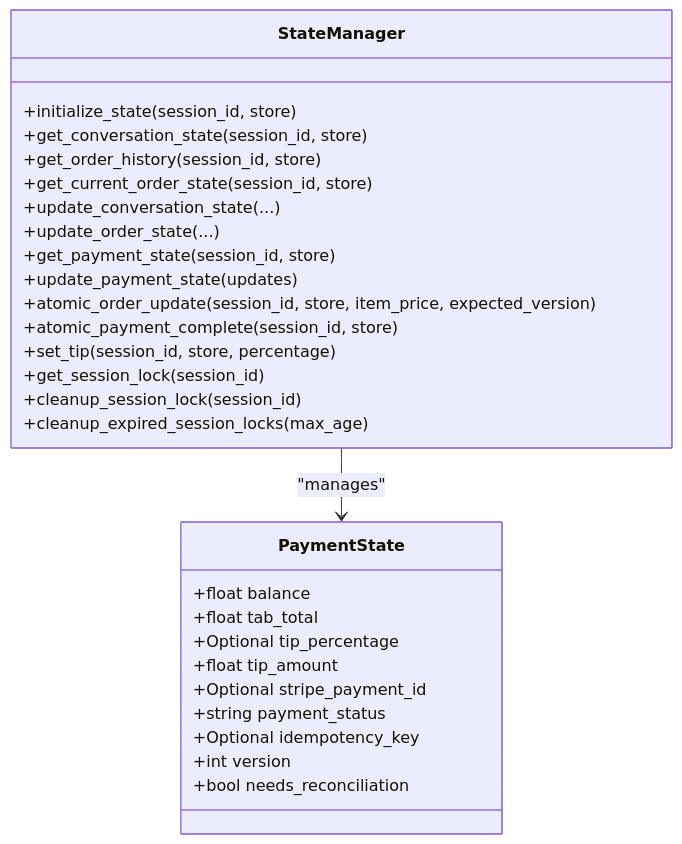
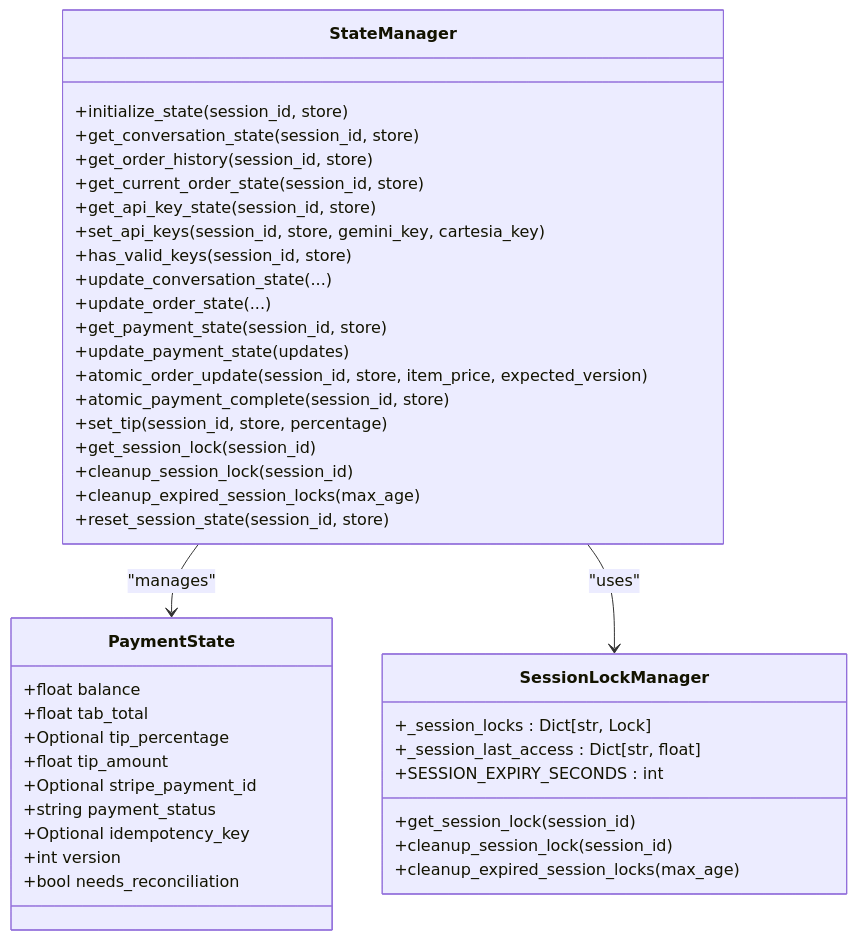
Before and after one commit to MOK-5-ha/MayaMCP: the third of 10 diagrams in .qoder/repowiki/en/content/Core Architecture/State Management Patterns.md, drawn with Mermaid. The commit also changed other lines of this file and 27 other files, not shown here.

````diff
--- a/.qoder/repowiki/en/content/Core Architecture/State Management Patterns.md
+++ b/.qoder/repowiki/en/content/Core Architecture/State Management Patterns.md
@@ -174,31 +221,44 @@
 ```mermaid
 classDiagram
 class StateManager {
 +initialize_state(session_id, store)
 +get_conversation_state(session_id, store)
 +get_order_history(session_id, store)
 +get_current_order_state(session_id, store)
++get_api_key_state(session_id, store)
++set_api_keys(session_id, store, gemini_key, cartesia_key)
++has_valid_keys(session_id, store)
 +update_conversation_state(...)
 +update_order_state(...)
 +get_payment_state(session_id, store)
 +update_payment_state(updates)
 +atomic_order_update(session_id, store, item_price, expected_version)
 +atomic_payment_complete(session_id, store)
 +set_tip(session_id, store, percentage)
 +get_session_lock(session_id)
 +cleanup_session_lock(session_id)
 +cleanup_expired_session_locks(max_age)
++reset_session_state(session_id, store)
 }
 class PaymentState {
 +float balance
 +float tab_total
 +Optional<int> tip_percentage
 +float tip_amount
 +Optional<string> stripe_payment_id
 +string payment_status
 +Optional<string> idempotency_key
 +int version
 +bool needs_reconciliation
 }
+class SessionLockManager {
++_session_locks : Dict[str, Lock]
++_session_last_access : Dict[str, float]
++get_session_lock(session_id)
++cleanup_session_lock(session_id)
++cleanup_expired_session_locks(max_age)
++SESSION_EXPIRY_SECONDS : int
+}
 StateManager --> PaymentState : "manages"
+StateManager --> SessionLockManager : "uses"
 ```
````
